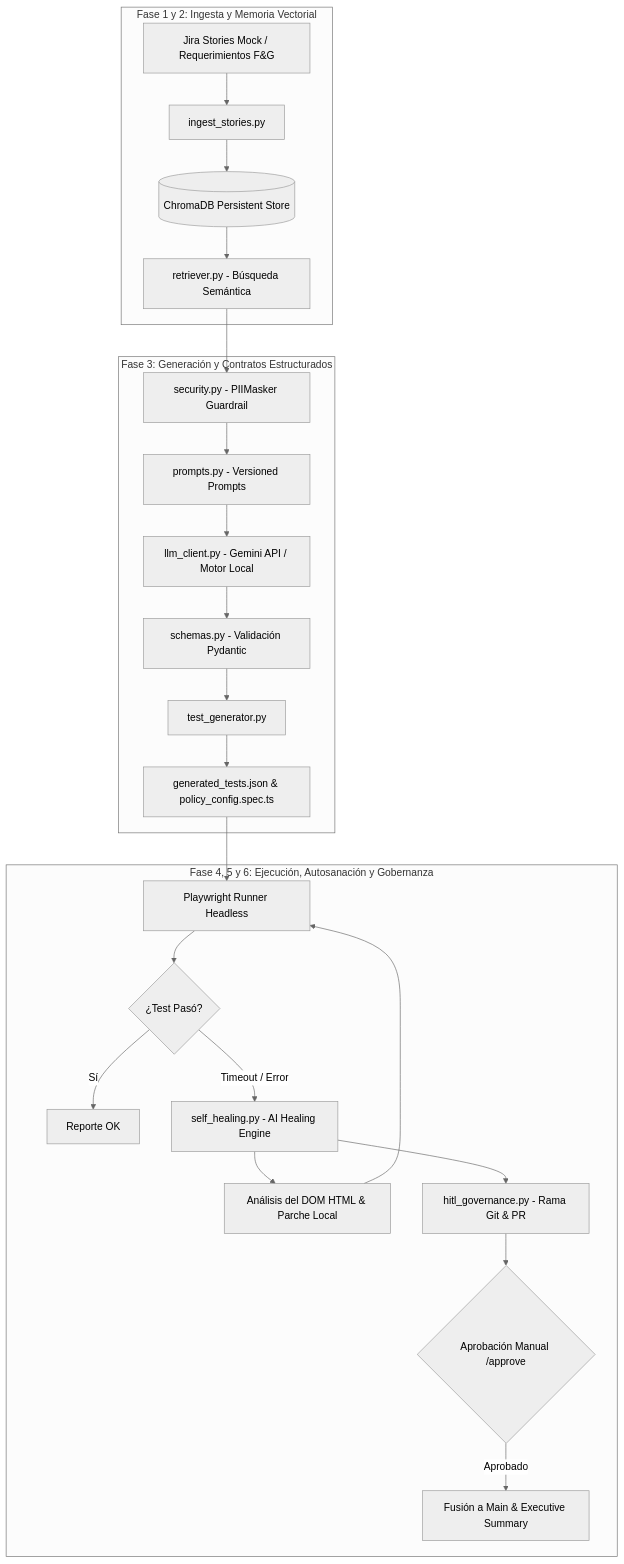
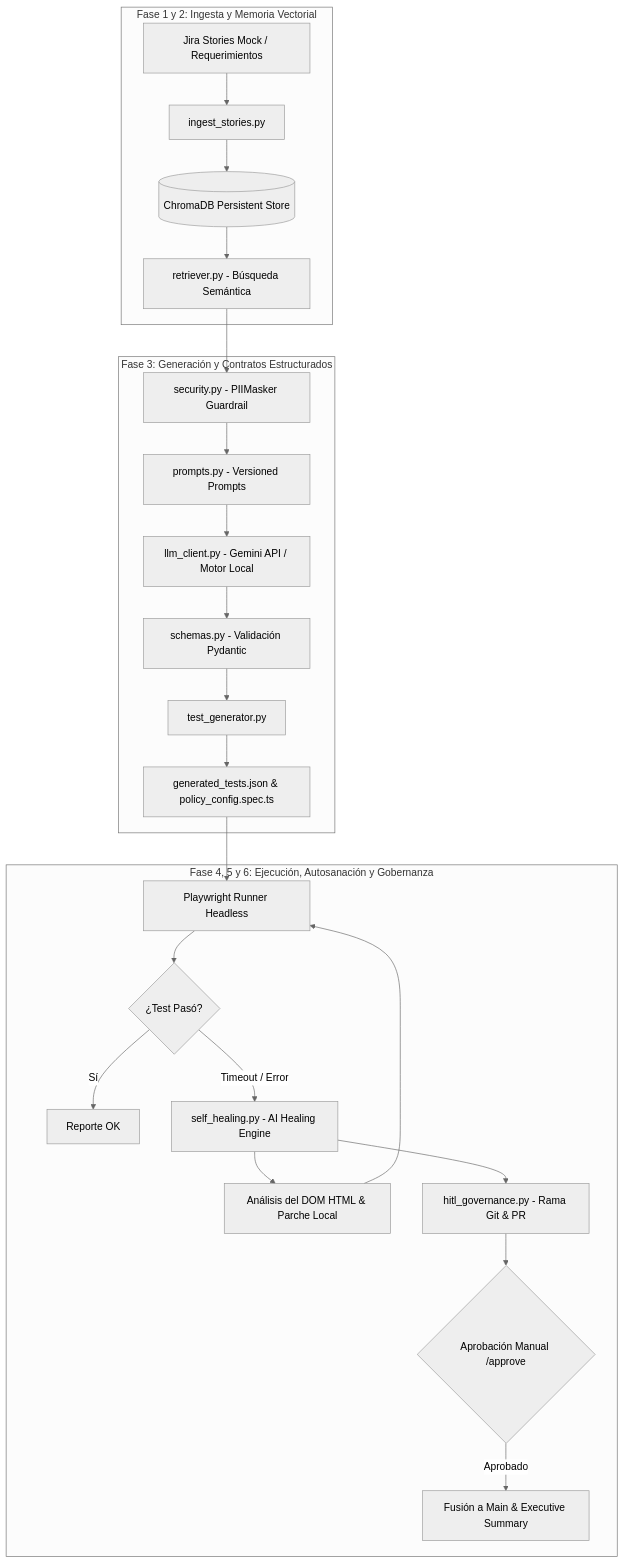
The diagram in README.md (lodionan/AI_software_test_automation), drawn with Mermaid (neutral theme) before and after one commit. The commit also changed other lines of this file and 17 other files, not shown here.

````diff
--- a/README.md
+++ b/README.md
@@ -17,29 +17,29 @@
 ```mermaid
 flowchart TD
     subgraph "Fase 1 y 2: Ingesta y Memoria Vectorial"
-        A["Jira Stories Mock / Requerimientos F&G"] --> B["ingest_stories.py"]
+        A["Jira Stories Mock / Requerimientos"] --> B["ingest_stories.py"]
         B --> C[("ChromaDB Persistent Store")]
         C --> D["retriever.py - Búsqueda Semántica"]
     end
 
     subgraph "Fase 3: Generación y Contratos Estructurados"
         D --> E["security.py - PIIMasker Guardrail"]
         E --> F["prompts.py - Versioned Prompts"]
         F --> G["llm_client.py - Gemini API / Motor Local"]
         G --> H["schemas.py - Validación Pydantic"]
         H --> I["test_generator.py"]
         I --> J["generated_tests.json & policy_config.spec.ts"]
     end
 
     subgraph "Fase 4, 5 y 6: Ejecución, Autosanación y Gobernanza"
         J --> K["Playwright Runner Headless"]
         K --> L{"¿Test Pasó?"}
         L -- Sí --> M["Reporte OK"]
         L -- Timeout / Error --> N["self_healing.py - AI Healing Engine"]
         N --> O["Análisis del DOM HTML & Parche Local"]
         O --> K
         N --> P["hitl_governance.py - Rama Git & PR"]
         P --> Q{"Aprobación Manual /approve"}
         Q -- Aprobado --> R["Fusión a Main & Executive Summary"]
     end
 ```
````
